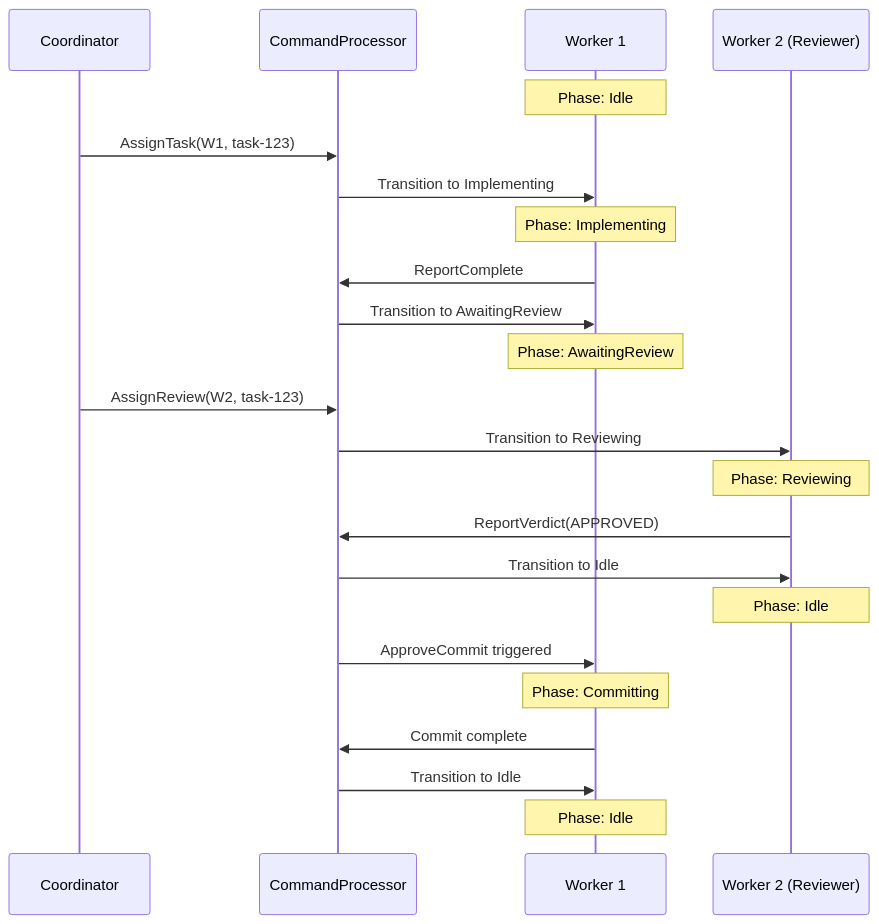
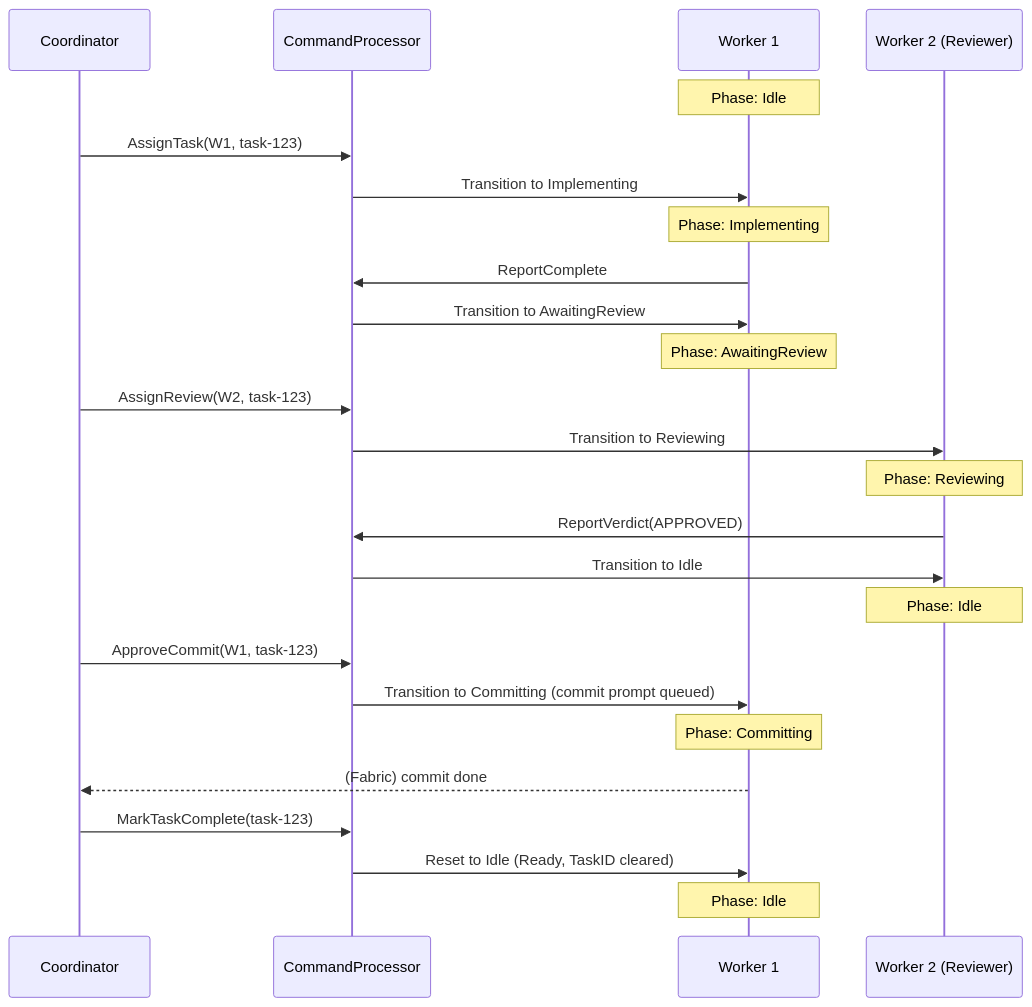
One commit to zjrosen/perles changed the sixth of 6 diagrams in internal/orchestration/v2/docs/process-lifecycle.md. Above: the diagram before and after it, drawn with Mermaid. The commit also changed other lines of this file and 3 other files, not shown here.

````diff
--- a/internal/orchestration/v2/docs/process-lifecycle.md
+++ b/internal/orchestration/v2/docs/process-lifecycle.md
@@ -350,32 +409,34 @@
 ```mermaid
 sequenceDiagram
     participant Coord as Coordinator
     participant CP as CommandProcessor
     participant W1 as Worker 1
     participant W2 as Worker 2 (Reviewer)
     
     Note over W1: Phase: Idle
     
     Coord->>CP: AssignTask(W1, task-123)
     CP->>W1: Transition to Implementing
     Note over W1: Phase: Implementing
     
     W1->>CP: ReportComplete
     CP->>W1: Transition to AwaitingReview
     Note over W1: Phase: AwaitingReview
     
     Coord->>CP: AssignReview(W2, task-123)
     CP->>W2: Transition to Reviewing
     Note over W2: Phase: Reviewing
     
     W2->>CP: ReportVerdict(APPROVED)
     CP->>W2: Transition to Idle
     Note over W2: Phase: Idle
     
-    CP->>W1: ApproveCommit triggered
+    Coord->>CP: ApproveCommit(W1, task-123)
+    CP->>W1: Transition to Committing (commit prompt queued)
     Note over W1: Phase: Committing
     
-    W1->>CP: Commit complete
-    CP->>W1: Transition to Idle
+    W1-->>Coord: (Fabric) commit done
+    Coord->>CP: MarkTaskComplete(task-123)
+    CP->>W1: Reset to Idle (Ready, TaskID cleared)
     Note over W1: Phase: Idle
 ```
````
